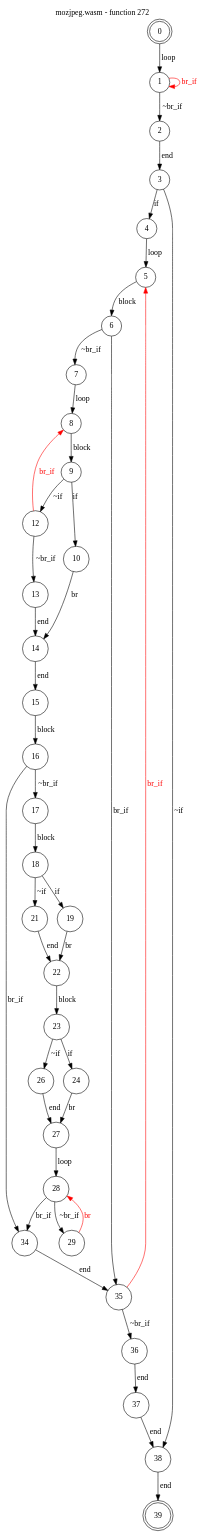
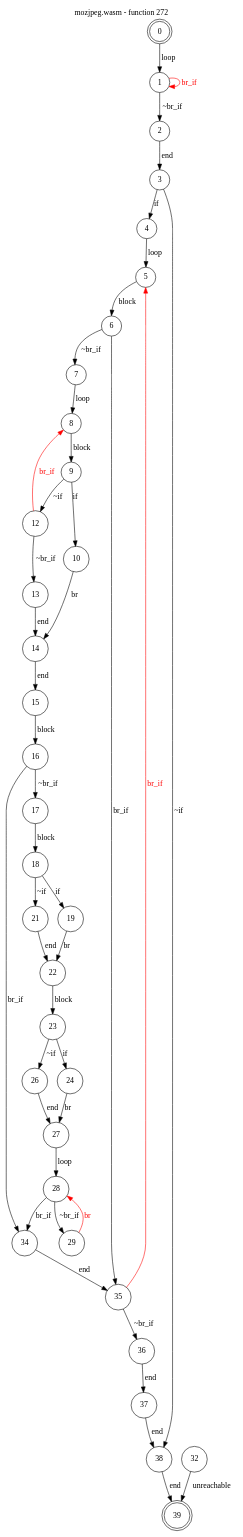
Before and after one commit to jsCarleton/wanalyze: the diagram in test_cases/mozjpeg/funcs/mozjpeg-func272.dot, drawn with Graphviz. The commit also changed 1054 other files, not shown here.

```diff
--- a/test_cases/mozjpeg/funcs/mozjpeg-func272.dot
+++ b/test_cases/mozjpeg/funcs/mozjpeg-func272.dot
@@ -1,51 +1,52 @@
 digraph finite_state_machine {
     label = "mozjpeg.wasm - function 272"
     labelloc =  t
     labelfontsize = 16
     labelfontcolor = black
     labelfontname = "Helvetica"
     node [shape = doublecircle]; 0 39;
     node [shape = circle];
     0 -> 1[label="loop"];
     1 -> 2[label="~br_if"];
     1 -> 1[color="red" fontcolor="red" label="br_if"];
     2 -> 3[label="end"];
     3 -> 4[label="if"];
     3 -> 38[label="~if"];
     4 -> 5[label="loop"];
     5 -> 6[label="block"];
     6 -> 7[label="~br_if"];
     6 -> 35[label="br_if"];
     7 -> 8[label="loop"];
     8 -> 9[label="block"];
     9 -> 10[label="if"];
     9 -> 12[label="~if"];
     10 -> 14[label="br"];
     12 -> 13[label="~br_if"];
     12 -> 8[color="red" fontcolor="red" label="br_if"];
     13 -> 14[label="end"];
     14 -> 15[label="end"];
     15 -> 16[label="block"];
     16 -> 17[label="~br_if"];
     16 -> 34[label="br_if"];
     17 -> 18[label="block"];
     18 -> 19[label="if"];
     18 -> 21[label="~if"];
     19 -> 22[label="br"];
     21 -> 22[label="end"];
     22 -> 23[label="block"];
     23 -> 24[label="if"];
     23 -> 26[label="~if"];
     24 -> 27[label="br"];
     26 -> 27[label="end"];
     27 -> 28[label="loop"];
     28 -> 29[label="~br_if"];
     28 -> 34[label="br_if"];
     29 -> 28[color="red" fontcolor="red" label="br"];
+    32 -> 39[label="unreachable"];
     34 -> 35[label="end"];
     35 -> 36[label="~br_if"];
     35 -> 5[color="red" fontcolor="red" label="br_if"];
     36 -> 37[label="end"];
     37 -> 38[label="end"];
     38 -> 39[label="end"];
 }
```
